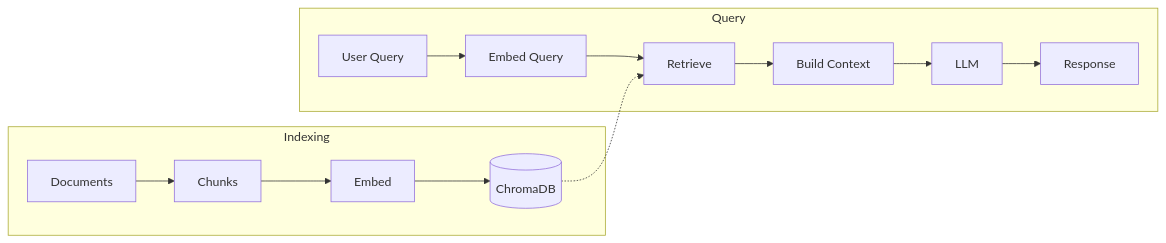
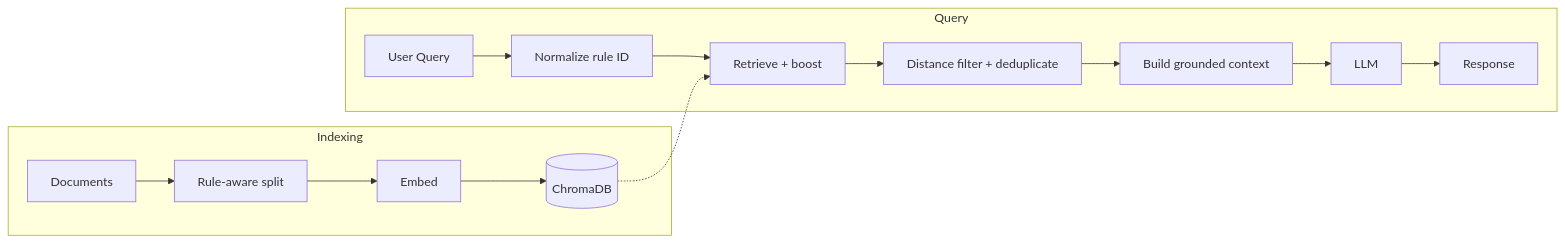
One commit to ArchCipher/Grounded-RAG changed the diagram in README.md. Above: the diagram before and after it, drawn with Mermaid. The commit also changed other lines of this file, not shown here.

````diff
--- a/README.md
+++ b/README.md
@@ -124,16 +124,17 @@
 ```mermaid
 flowchart LR
   subgraph Indexing["Indexing"]
-    D[Documents] --> C[Chunks]
-    C --> E[Embed]
+    D[Documents] --> RS[Rule-aware split]
+    RS --> E[Embed]
     E --> V[(ChromaDB)]
   end
   subgraph Query["Query"]
-    Q[User Query] --> EQ[Embed Query]
-    EQ --> R[Retrieve]
-    R --> CTX[Build Context]
+    Q[User Query] --> NR[Normalize rule ID]
+    NR --> R[Retrieve + boost]
+    R --> DF[Distance filter + deduplicate]
+    DF --> CTX[Build grounded context]
     CTX --> LLM[LLM]
     LLM --> RES[Response]
   end
   V -.-> R
 ```
````
